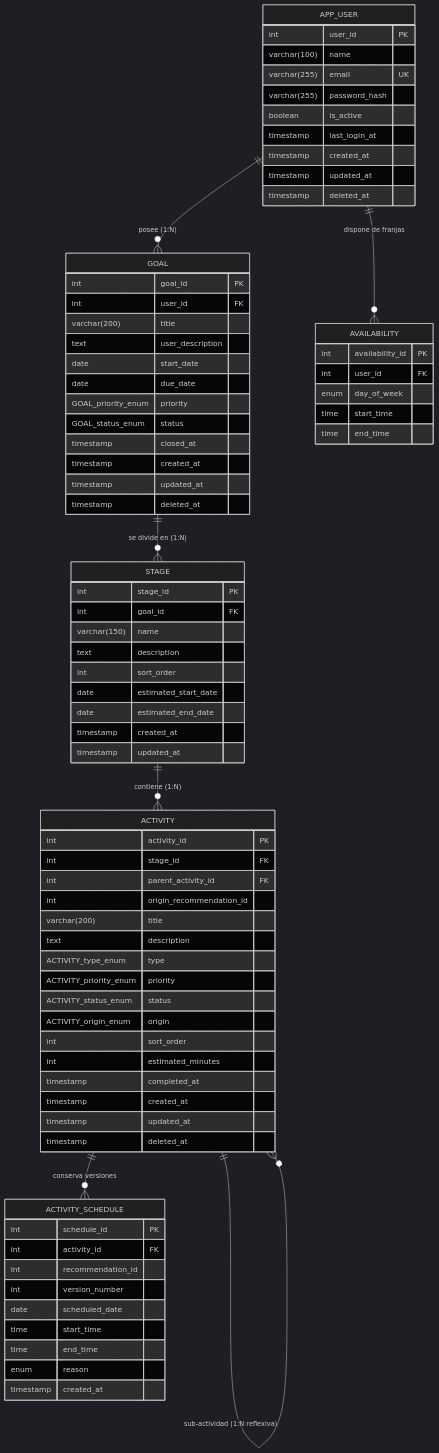
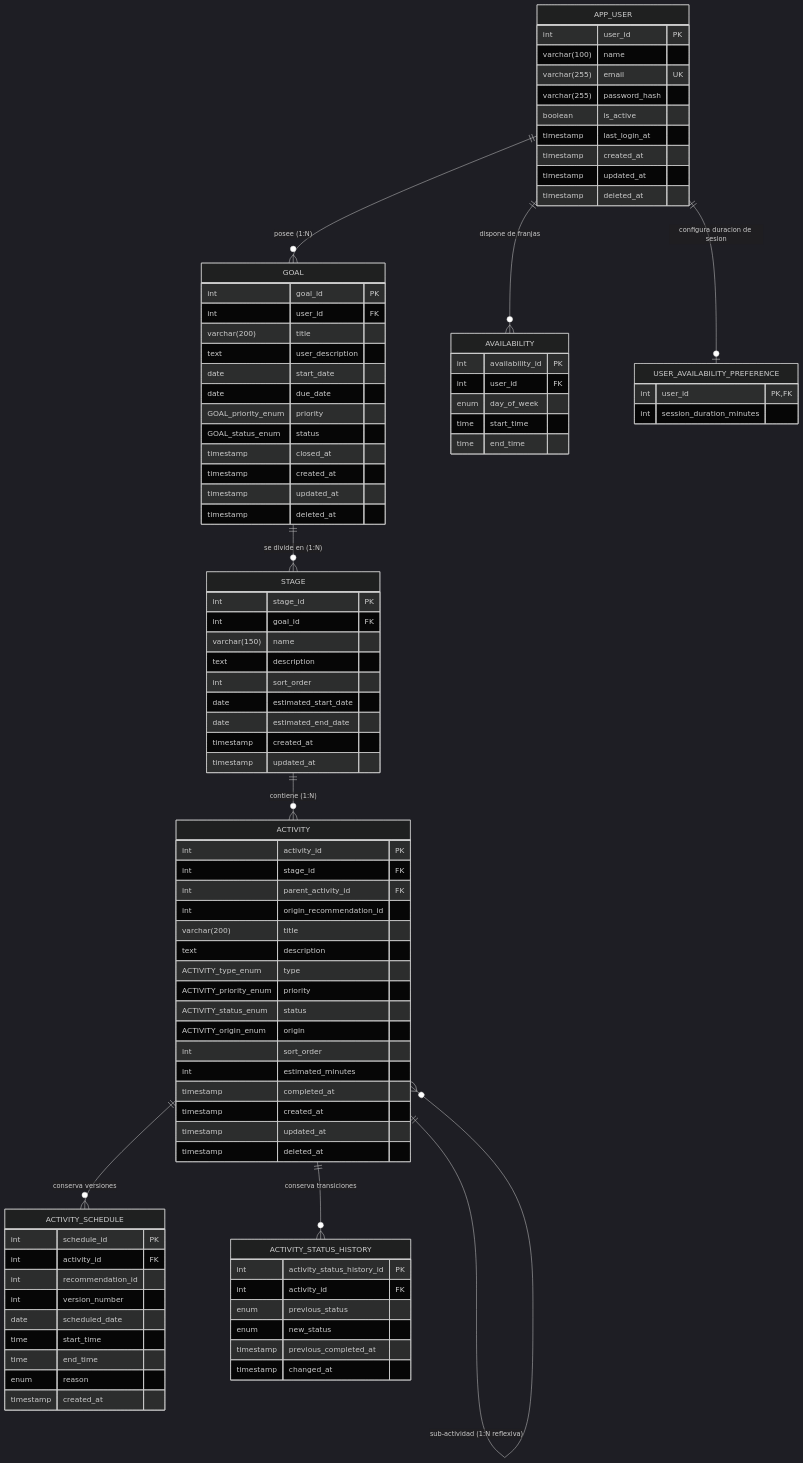
The diagram in database/README.md (mjlozada2003/FlowStep), drawn with Mermaid (dark theme) before and after one commit. The commit also changed other lines of this file and 1 other file, not shown here.

Commit message:
actualizacion bd desde necesidad de backend

```diff
--- a/database/README.md
+++ b/database/README.md
@@ -22,7 +22,9 @@
     STAGE ||--o{ ACTIVITY : "contiene (1:N)"
     ACTIVITY ||--o{ ACTIVITY : "sub-actividad (1:N reflexiva)"
     APP_USER ||--o{ AVAILABILITY : "dispone de franjas"
+    APP_USER ||--o| USER_AVAILABILITY_PREFERENCE : "configura duracion de sesion"
     ACTIVITY ||--o{ ACTIVITY_SCHEDULE : "conserva versiones"
+    ACTIVITY ||--o{ ACTIVITY_STATUS_HISTORY : "conserva transiciones"
 
     AVAILABILITY {
         int availability_id PK
@@ -30,6 +32,11 @@
         enum day_of_week
         time start_time
         time end_time
+    }
+
+    USER_AVAILABILITY_PREFERENCE {
+        int user_id PK, FK
+        int session_duration_minutes
     }
 
     ACTIVITY_SCHEDULE {
@@ -42,6 +49,15 @@
         time end_time
         enum reason
         timestamp created_at
+    }
+
+    ACTIVITY_STATUS_HISTORY {
+        int activity_status_history_id PK
+        int activity_id FK
+        enum previous_status
+        enum new_status
+        timestamp previous_completed_at
+        timestamp changed_at
     }
 
     APP_USER {
```
